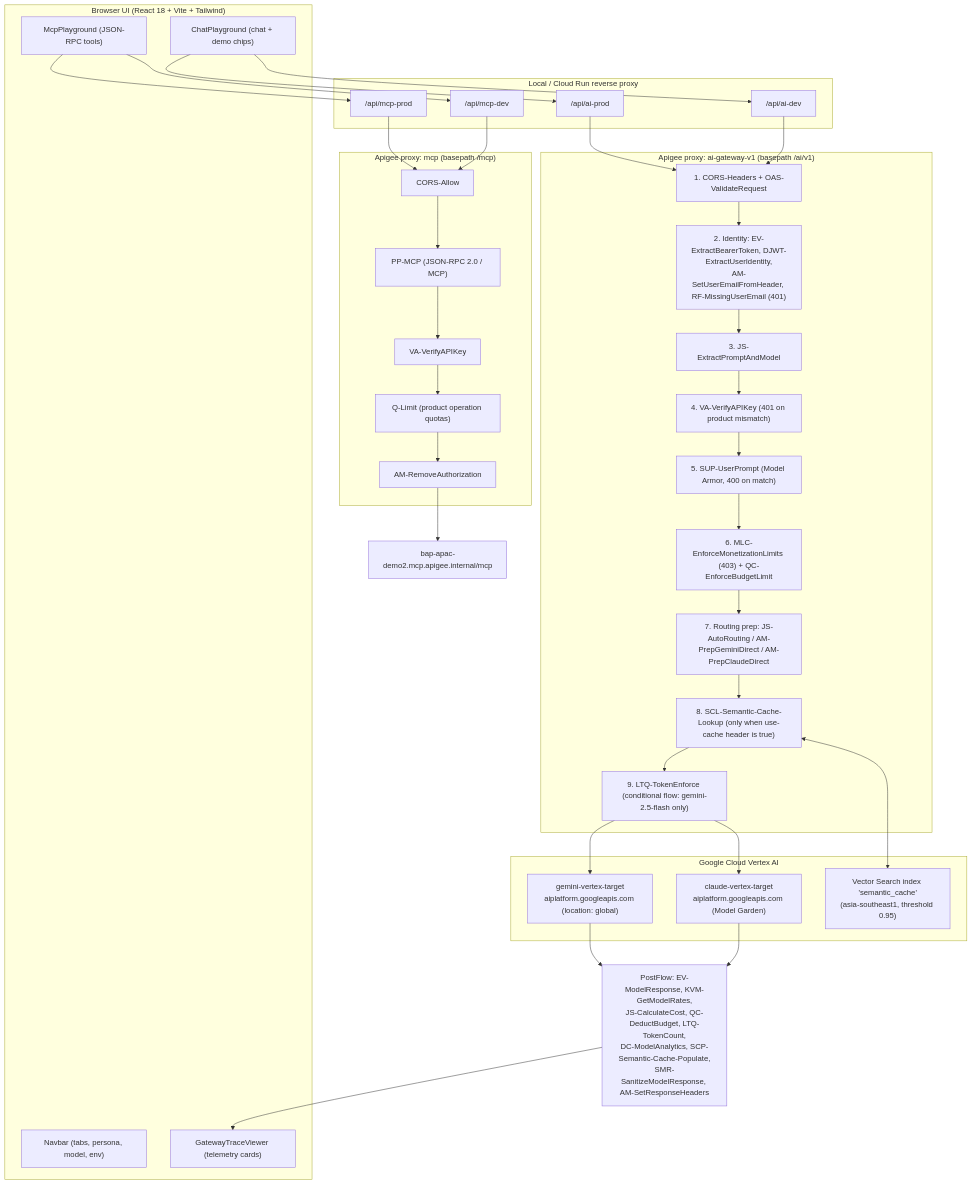
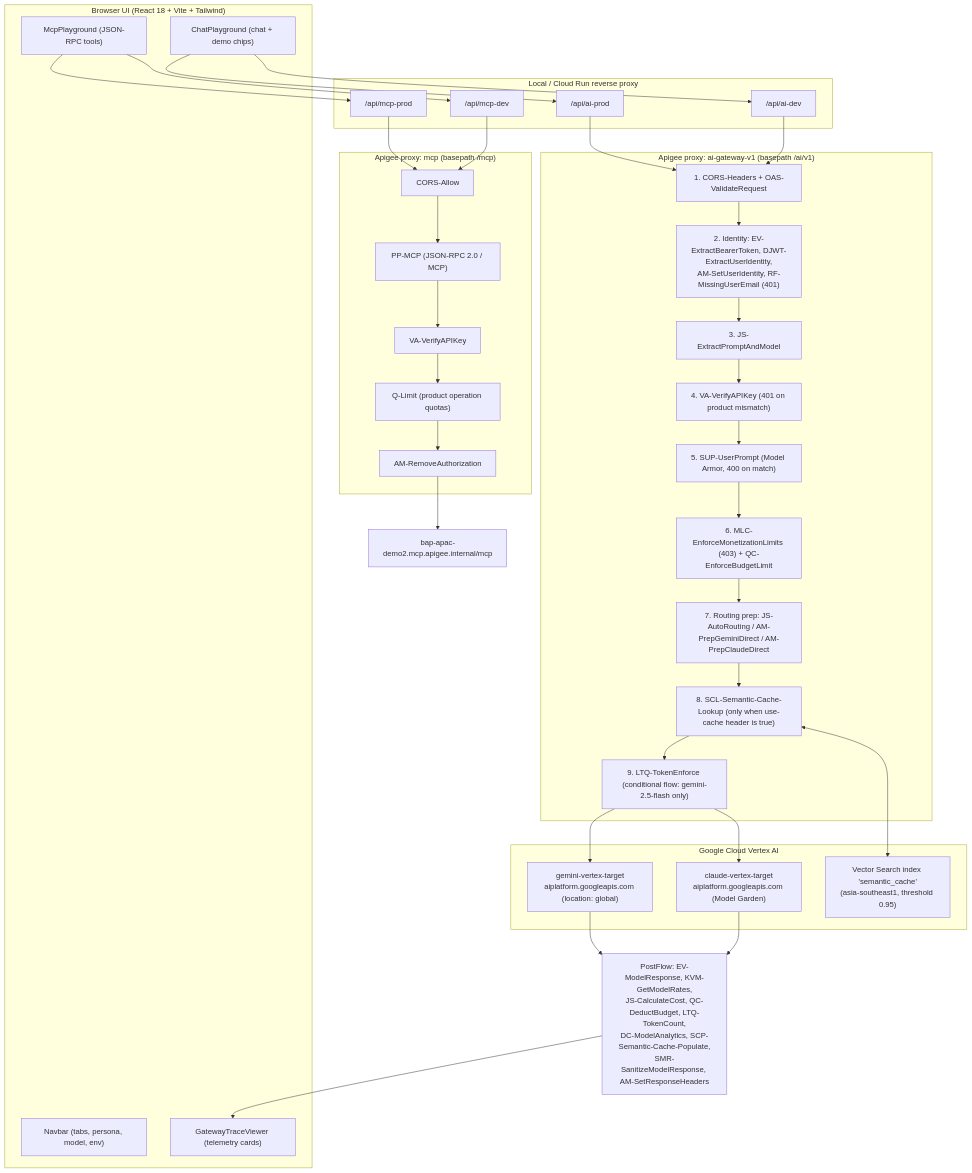
The first of 3 diagrams in docs/apigee_ai_gateway_demo_design.md (yem0428/apigee-ai-gateway-demo), drawn with Mermaid before and after one commit. The commit also changed other lines of this file and 18 other files, not shown here.

````diff
--- a/docs/apigee_ai_gateway_demo_design.md
+++ b/docs/apigee_ai_gateway_demo_design.md
@@ -56,58 +56,58 @@
 ```mermaid
 flowchart TB
     subgraph Client["Browser UI (React 18 + Vite + Tailwind)"]
         Nav["Navbar (tabs, persona, model, env)"]
         Chat["ChatPlayground (chat + demo chips)"]
         Trace["GatewayTraceViewer (telemetry cards)"]
         Mcp["McpPlayground (JSON-RPC tools)"]
     end
 
     subgraph Proxy["Local / Cloud Run reverse proxy"]
         AiProd["/api/ai-prod"]
         AiDev["/api/ai-dev"]
         McpProd["/api/mcp-prod"]
         McpDev["/api/mcp-dev"]
     end
 
     subgraph Gateway["Apigee proxy: ai-gateway-v1 (basepath /ai/v1)"]
         P1["1. CORS-Headers + OAS-ValidateRequest"]
-        P2["2. Identity: EV-ExtractBearerToken, DJWT-ExtractUserIdentity,<br/>AM-SetUserEmailFromHeader, RF-MissingUserEmail (401)"]
+        P2["2. Identity: EV-ExtractBearerToken, DJWT-ExtractUserIdentity,<br/>AM-SetUserIdentity, RF-MissingUserEmail (401)"]
         P3["3. JS-ExtractPromptAndModel"]
         P4["4. VA-VerifyAPIKey (401 on product mismatch)"]
         P5["5. SUP-UserPrompt (Model Armor, 400 on match)"]
         P6["6. MLC-EnforceMonetizationLimits (403) + QC-EnforceBudgetLimit"]
         P7["7. Routing prep: JS-AutoRouting / AM-PrepGeminiDirect / AM-PrepClaudeDirect"]
         P8["8. SCL-Semantic-Cache-Lookup (only when use-cache header is true)"]
         P9["9. LTQ-TokenEnforce (conditional flow: gemini-2.5-flash only)"]
     end
 
     subgraph Vertex["Google Cloud Vertex AI"]
         Gem["gemini-vertex-target<br/>aiplatform.googleapis.com (location: global)"]
         Cla["claude-vertex-target<br/>aiplatform.googleapis.com (Model Garden)"]
         VecDB["Vector Search index 'semantic_cache'<br/>(asia-southeast1, threshold 0.95)"]
     end
 
     subgraph McpGw["Apigee proxy: mcp (basepath /mcp)"]
         M1["CORS-Allow"]
         M2["PP-MCP (JSON-RPC 2.0 / MCP)"]
         M3["VA-VerifyAPIKey"]
         M4["Q-Limit (product operation quotas)"]
         M5["AM-RemoveAuthorization"]
     end
 
     Chat --> AiProd --> P1
     Chat --> AiDev --> P1
     P1 --> P2 --> P3 --> P4 --> P5 --> P6 --> P7 --> P8 --> P9
     P9 --> Gem
     P9 --> Cla
     P8 <--> VecDB
 
     Mcp --> McpProd --> M1
     Mcp --> McpDev --> M1
     M1 --> M2 --> M3 --> M4 --> M5
     M5 --> McpUp["bap-apac-demo2.mcp.apigee.internal/mcp"]
 
     Gem --> Resp["PostFlow: EV-ModelResponse, KVM-GetModelRates,<br/>JS-CalculateCost, QC-DeductBudget, LTQ-TokenCount,<br/>DC-ModelAnalytics, SCP-Semantic-Cache-Populate,<br/>SMR-SanitizeModelResponse, AM-SetResponseHeaders"]
     Cla --> Resp
     Resp --> Trace
 ```
````
